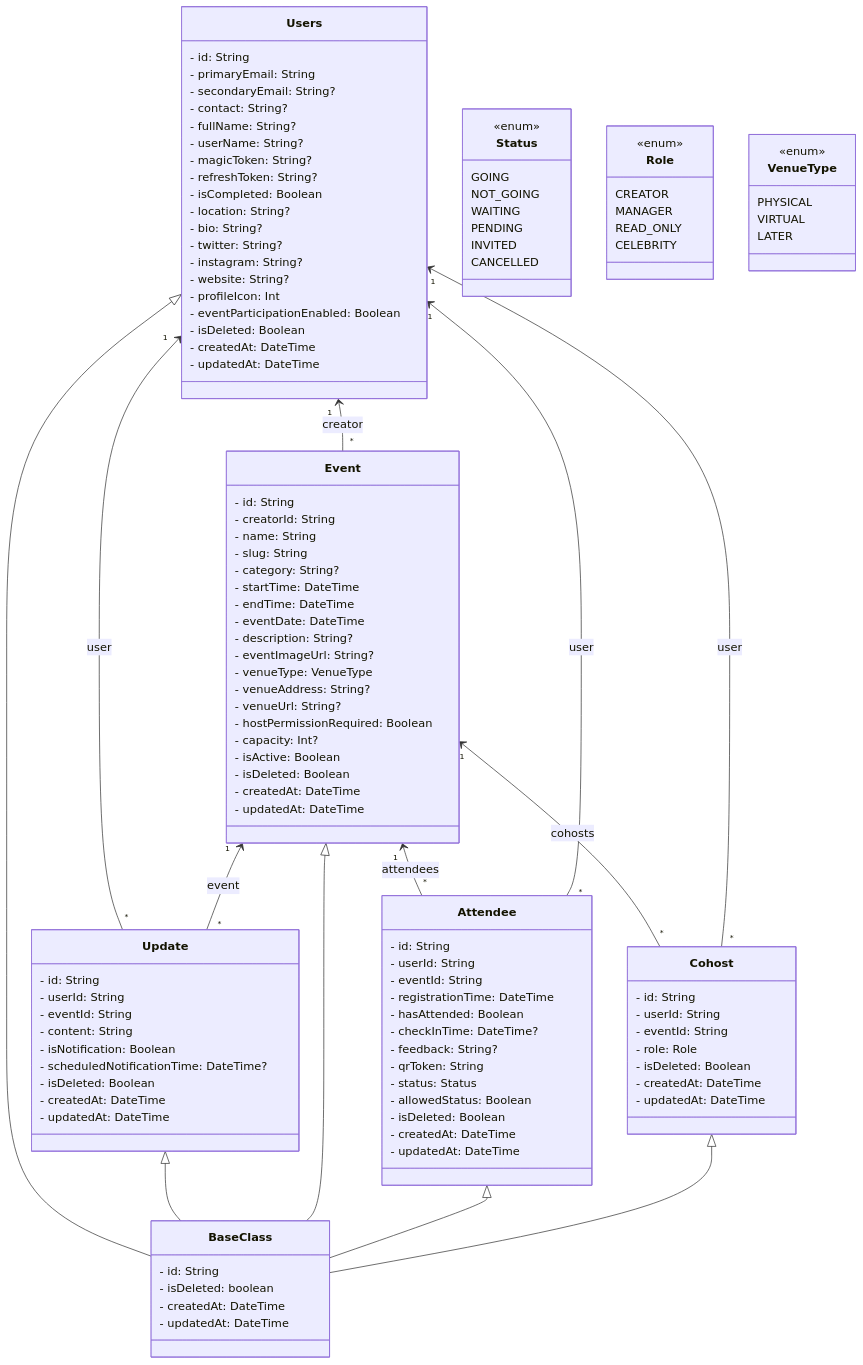
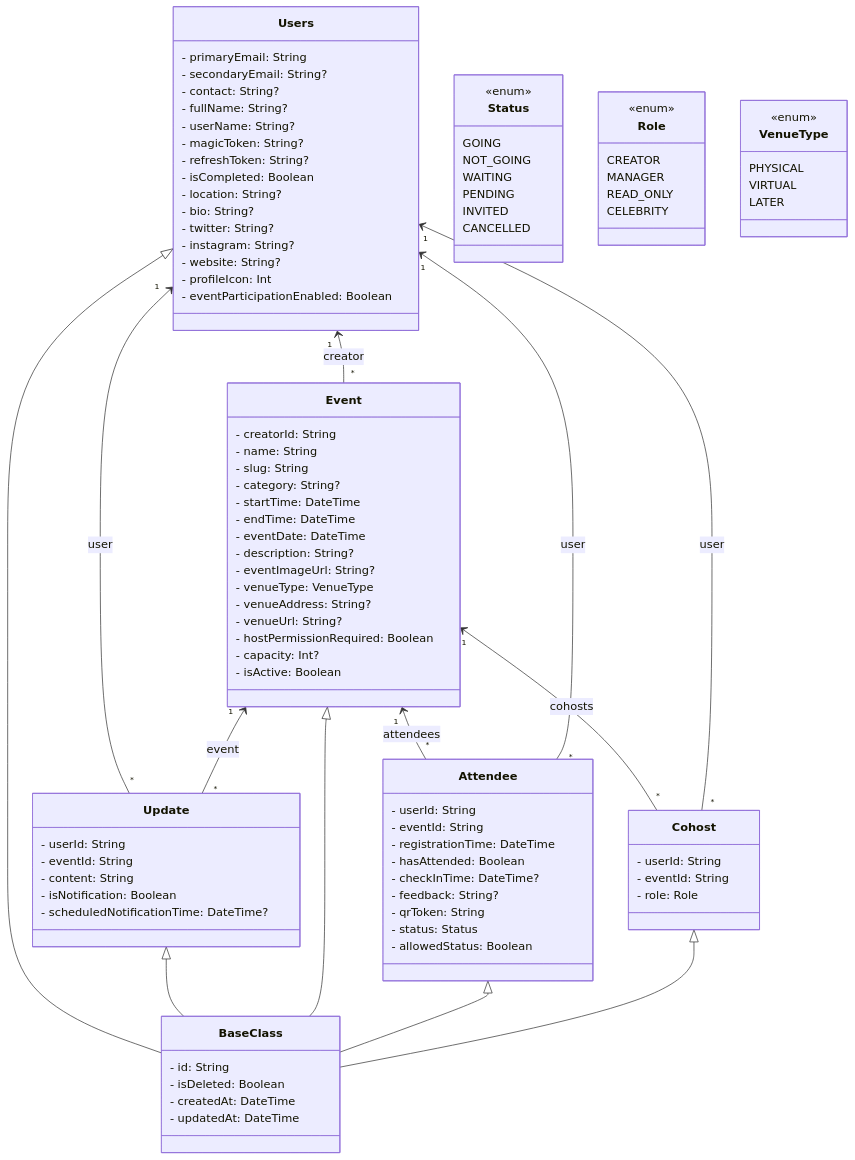
The diagram in README.md (Pratish10/Pratish10), drawn with Mermaid before and after one commit.

````diff
--- a/README.md
+++ b/README.md
@@ -19,132 +19,117 @@
 ```mermaid
 classDiagram
 direction TB
-    class BaseClass {
-      - id: String
-      - isDeleted: boolean
-      - createdAt: DateTime
-      - updatedAt: DateTime
-    }
 
-    class Users {
-        - id: String
-        - primaryEmail: String
-        - secondaryEmail: String?
-        - contact: String?
-        - fullName: String?
-        - userName: String?
-        - magicToken: String?
-        - refreshToken: String?
-        - isCompleted: Boolean
-        - location: String?
-        - bio: String?
-        - twitter: String?
-        - instagram: String?
-        - website: String?
-        - profileIcon: Int
-        - eventParticipationEnabled: Boolean
-        - isDeleted: Boolean
-        - createdAt: DateTime
-        - updatedAt: DateTime
-    }
+%% Base class
+class BaseClass {
+    - id: String
+    - isDeleted: Boolean
+    - createdAt: DateTime
+    - updatedAt: DateTime
+}
 
-    class Update {
-        - id: String
-        - userId: String
-        - eventId: String
-        - content: String
-        - isNotification: Boolean
-        - scheduledNotificationTime: DateTime?
-        - isDeleted: Boolean
-        - createdAt: DateTime
-        - updatedAt: DateTime
-    }
+%% Inheriting classes
+class Users {
+    - primaryEmail: String
+    - secondaryEmail: String?
+    - contact: String?
+    - fullName: String?
+    - userName: String?
+    - magicToken: String?
+    - refreshToken: String?
+    - isCompleted: Boolean
+    - location: String?
+    - bio: String?
+    - twitter: String?
+    - instagram: String?
+    - website: String?
+    - profileIcon: Int
+    - eventParticipationEnabled: Boolean
+}
 
-    class Event {
-        - id: String
-        - creatorId: String
-        - name: String
-        - slug: String
-        - category: String?
-        - startTime: DateTime
-        - endTime: DateTime
-        - eventDate: DateTime
-        - description: String?
-        - eventImageUrl: String?
-        - venueType: VenueType
-        - venueAddress: String?
-        - venueUrl: String?
-        - hostPermissionRequired: Boolean
-        - capacity: Int?
-        - isActive: Boolean
-        - isDeleted: Boolean
-        - createdAt: DateTime
-        - updatedAt: DateTime
-    }
+class Update {
+    - userId: String
+    - eventId: String
+    - content: String
+    - isNotification: Boolean
+    - scheduledNotificationTime: DateTime?
+}
 
-    class Attendee {
-        - id: String
-        - userId: String
-        - eventId: String
-        - registrationTime: DateTime
-        - hasAttended: Boolean
-        - checkInTime: DateTime?
-        - feedback: String?
-        - qrToken: String
-        - status: Status
-        - allowedStatus: Boolean
-        - isDeleted: Boolean
-        - createdAt: DateTime
-        - updatedAt: DateTime
-    }
+class Event {
+    - creatorId: String
+    - name: String
+    - slug: String
+    - category: String?
+    - startTime: DateTime
+    - endTime: DateTime
+    - eventDate: DateTime
+    - description: String?
+    - eventImageUrl: String?
+    - venueType: VenueType
+    - venueAddress: String?
+    - venueUrl: String?
+    - hostPermissionRequired: Boolean
+    - capacity: Int?
+    - isActive: Boolean
+}
 
-    class Cohost {
-        - id: String
-        - userId: String
-        - eventId: String
-        - role: Role
-        - isDeleted: Boolean
-        - createdAt: DateTime
-        - updatedAt: DateTime
-    }
+class Attendee {
+    - userId: String
+    - eventId: String
+    - registrationTime: DateTime
+    - hasAttended: Boolean
+    - checkInTime: DateTime?
+    - feedback: String?
+    - qrToken: String
+    - status: Status
+    - allowedStatus: Boolean
+}
 
-    class Status {
-        <<enum>>
-        GOING
-        NOT_GOING
-        WAITING
-        PENDING
-        INVITED
-        CANCELLED
-    }
+class Cohost {
+    - userId: String
+    - eventId: String
+    - role: Role
+}
 
-    class Role {
-        <<enum>>
-        CREATOR
-        MANAGER
-        READ_ONLY
-        CELEBRITY
-    }
+%% Enums
+class Status {
+    <<enum>>
+    GOING
+    NOT_GOING
+    WAITING
+    PENDING
+    INVITED
+    CANCELLED
+}
 
-    class VenueType {
-        <<enum>>
-        PHYSICAL
-        VIRTUAL
-        LATER
-    }
+class Role {
+    <<enum>>
+    CREATOR
+    MANAGER
+    READ_ONLY
+    CELEBRITY
+}
 
-    Users <|-- BaseClass
-    Update <|-- BaseClass
-    Event <|-- BaseClass
-    Attendee <|-- BaseClass
-    Cohost <|-- BaseClass
+class VenueType {
+    <<enum>>
+    PHYSICAL
+    VIRTUAL
+    LATER
+}
 
-    %% Relationships
-    Users "1" <-- "*" Update    : user  
-    Event "1" <-- "*" Update    : event  
-    Users "1" <-- "*" Event     : creator  
-    Event "1" <-- "*" Attendee  : attendees  
-    Users "1" <-- "*" Attendee  : user  
-    Event "1" <-- "*" Cohost    : cohosts  
-    Users "1" <-- "*" Cohost    : user
+%% Inheritance
+Users <|-- BaseClass
+Update <|-- BaseClass
+Event <|-- BaseClass
+Attendee <|-- BaseClass
+Cohost <|-- BaseClass
+
+%% Relationships
+Users "1" <-- "*" Update    : user  
+Event "1" <-- "*" Update    : event  
+Users "1" <-- "*" Event     : creator  
+Event "1" <-- "*" Attendee  : attendees  
+Users "1" <-- "*" Attendee  : user  
+Event "1" <-- "*" Cohost    : cohosts  
+Users "1" <-- "*" Cohost    : user 
 ```
````
